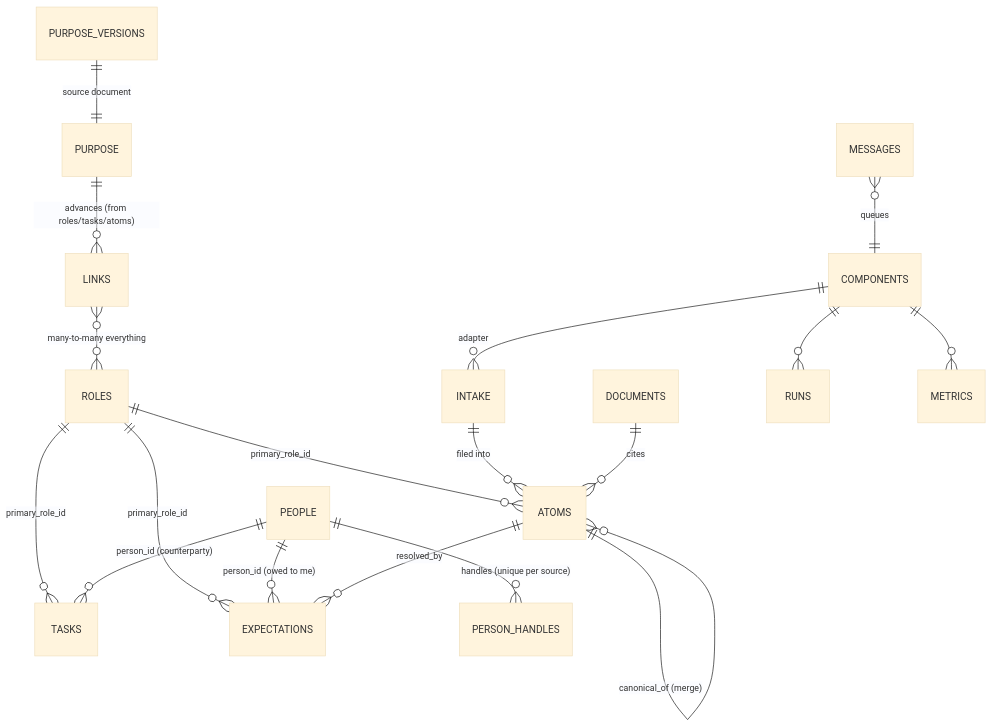
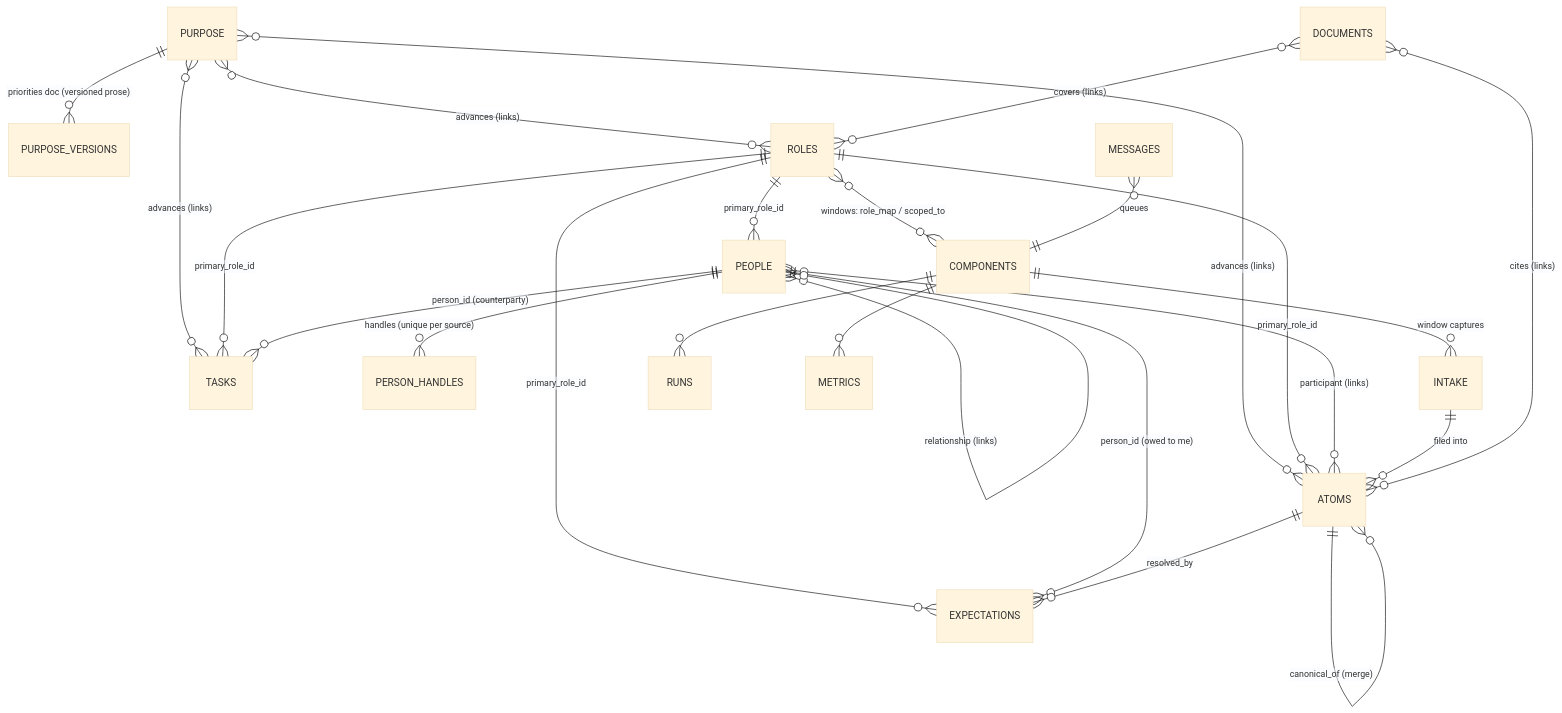
One commit to samlayton99/claudio changed the diagram in specs/01-schema.md. Above: the diagram before and after it, drawn with Mermaid (base theme). The commit also changed other lines of this file and 24 other files, not shown here.

Commit message:
v4: directives folded (entities-first schema, life-episode atoms, purpose re-articulation, two-lane scoring, handshake agent, per-agent folders, resident orchestrator); archive brainstorm docs; add CONTEXT.md

````diff
--- a/specs/01-schema.md
+++ b/specs/01-schema.md
@@ -7,20 +20,26 @@
 ```mermaid
 erDiagram
-    PURPOSE ||--o{ LINKS : "advances (from roles/tasks/atoms)"
-    PURPOSE_VERSIONS ||--|| PURPOSE : "source document"
+    PURPOSE ||--o{ PURPOSE_VERSIONS : "priorities doc (versioned prose)"
+    PURPOSE }o--o{ ROLES : "advances (links)"
+    PURPOSE }o--o{ TASKS : "advances (links)"
+    PURPOSE }o--o{ ATOMS : "advances (links)"
+    ROLES ||--o{ PEOPLE : "primary_role_id"
     ROLES ||--o{ TASKS : "primary_role_id"
     ROLES ||--o{ EXPECTATIONS : "primary_role_id"
     ROLES ||--o{ ATOMS : "primary_role_id"
+    ROLES }o--o{ COMPONENTS : "windows: role_map / scoped_to"
     PEOPLE ||--o{ PERSON_HANDLES : "handles (unique per source)"
     PEOPLE ||--o{ TASKS : "person_id (counterparty)"
     PEOPLE ||--o{ EXPECTATIONS : "person_id (owed to me)"
+    PEOPLE }o--o{ ATOMS : "participant (links)"
+    PEOPLE }o--o{ PEOPLE : "relationship (links)"
+    COMPONENTS ||--o{ INTAKE : "window captures"
+    INTAKE ||--o{ ATOMS : "filed into"
     ATOMS ||--o{ ATOMS : "canonical_of (merge)"
     ATOMS ||--o{ EXPECTATIONS : "resolved_by"
-    INTAKE ||--o{ ATOMS : "filed into"
-    DOCUMENTS ||--o{ ATOMS : "cites"
+    DOCUMENTS }o--o{ ATOMS : "cites (links)"
+    DOCUMENTS }o--o{ ROLES : "covers (links)"
     COMPONENTS ||--o{ RUNS : ""
     COMPONENTS ||--o{ METRICS : ""
-    COMPONENTS ||--o{ INTAKE : "adapter"
     MESSAGES }o--|| COMPONENTS : "queues"
-    LINKS }o--o{ ROLES : "many-to-many everything"
 ```
````
